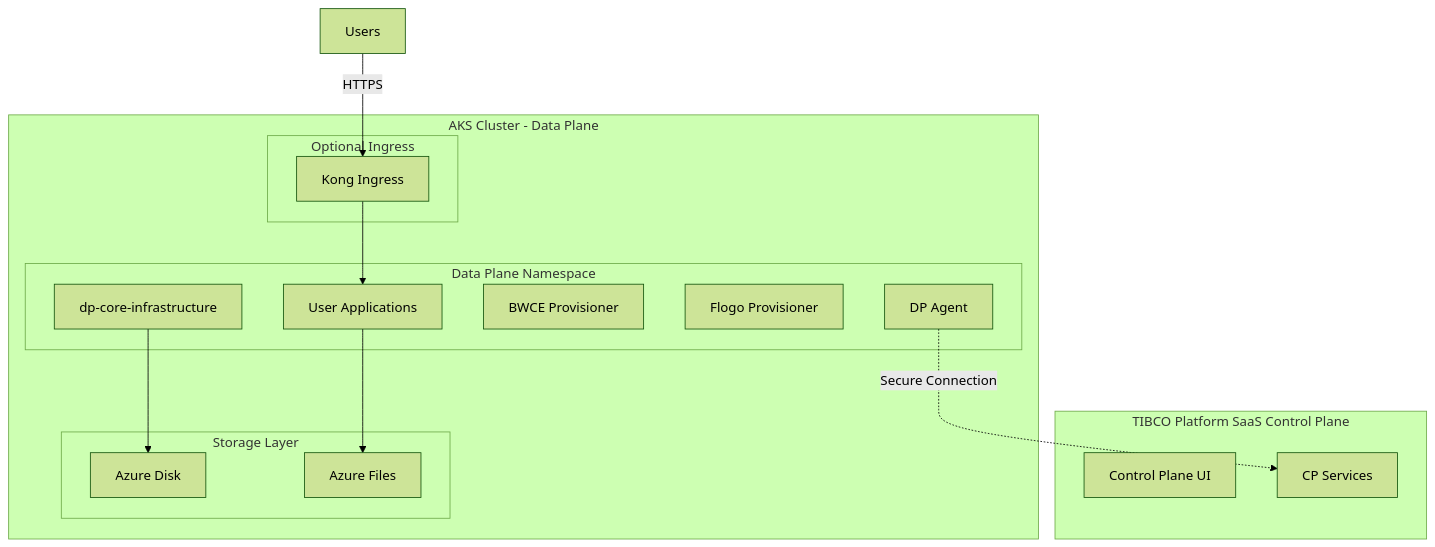
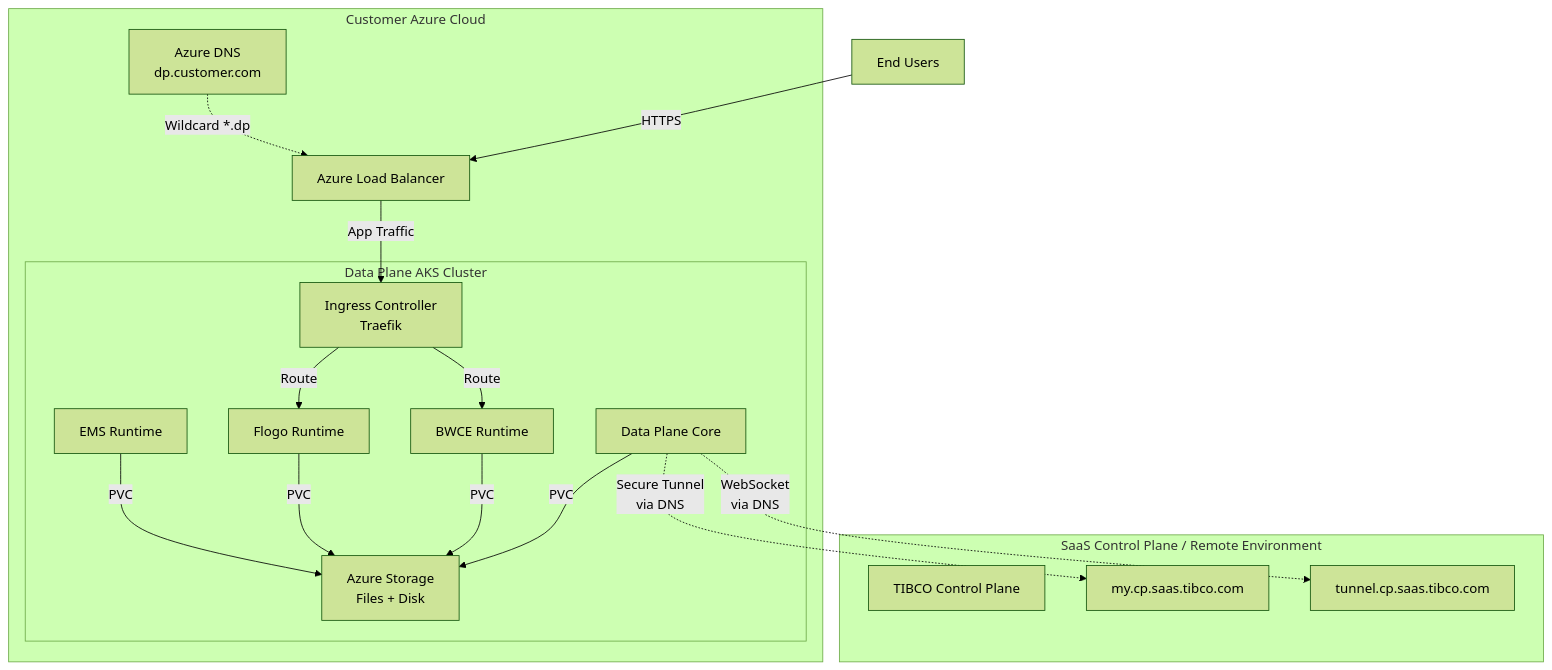
The diagram in howto/v1.15/how-to-dp-aks-setup-guide.md (tibco-bnl/workshop-tp-aks), drawn with Mermaid (forest theme) before and after one commit. The commit also changed other lines of this file and 1 other file, not shown here.

Commit message:
feat: v1.15.0 Data Plane guide with DNS simplification and observability enhancements

````diff
--- a/howto/v1.15/how-to-dp-aks-setup-guide.md
+++ b/howto/v1.15/how-to-dp-aks-setup-guide.md
@@ -126,32 +73,38 @@
 ```mermaid
 graph TB
-    subgraph SaaS["TIBCO Platform SaaS Control Plane"]
-        CPUI[Control Plane UI]
-        CPServices[CP Services]
+    subgraph "SaaS Control Plane / Remote Environment"
+        CP[TIBCO Control Plane]
+        CP_MY[my.cp.saas.tibco.com]
+        CP_TUNNEL[tunnel.cp.saas.tibco.com]
     end
     
-    subgraph AKS["AKS Cluster - Data Plane"]
-        subgraph DP["Data Plane Namespace"]
-            DPInfra[dp-core-infrastructure]
-            DPAgent[DP Agent]
-            BWCE[BWCE Provisioner]
-            Flogo[Flogo Provisioner]
-            Apps[User Applications]
+    subgraph "Customer Azure Cloud"
+        subgraph "Data Plane AKS Cluster"
+            DP[Data Plane Core]
+            BWCE[BWCE Runtime]
+            FLOGO[Flogo Runtime]
+            EMS[EMS Runtime]
+            
+            INGRESS[Ingress Controller<br/>Traefik]
+            STORAGE[Azure Storage<br/>Files + Disk]
         end
         
-        subgraph Storage["Storage Layer"]
-            AzDisk[Azure Disk]
-            AzFiles[Azure Files]
-        end
-        
-        subgraph Ingress["Optional Ingress"]
-            Kong[Kong Ingress]
-        end
+        LB[Azure Load Balancer]
+        DNS[Azure DNS<br/>dp.customer.com]
     end
     
-    DPAgent -.->|Secure Connection| CPServices
-    Apps --> AzFiles
-    DPInfra --> AzDisk
-    Users -->|HTTPS| Kong
-    Kong --> Apps
+    USERS[End Users] -->|HTTPS| LB
+    LB -->|App Traffic| INGRESS
+    INGRESS -->|Route| BWCE
+    INGRESS -->|Route| FLOGO
+    
+    DP -.->|Secure Tunnel<br/>via DNS| CP_MY
+    DP -.->|WebSocket<br/>via DNS| CP_TUNNEL
+    
+    DP -->|PVC| STORAGE
+    BWCE -->|PVC| STORAGE
+    FLOGO -->|PVC| STORAGE
+    EMS -->|PVC| STORAGE
+    
+    DNS -.->|Wildcard *.dp| LB
 ```
````
